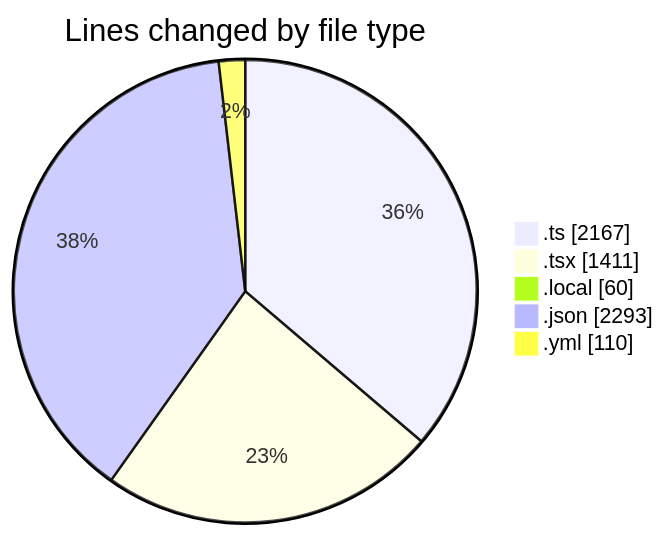
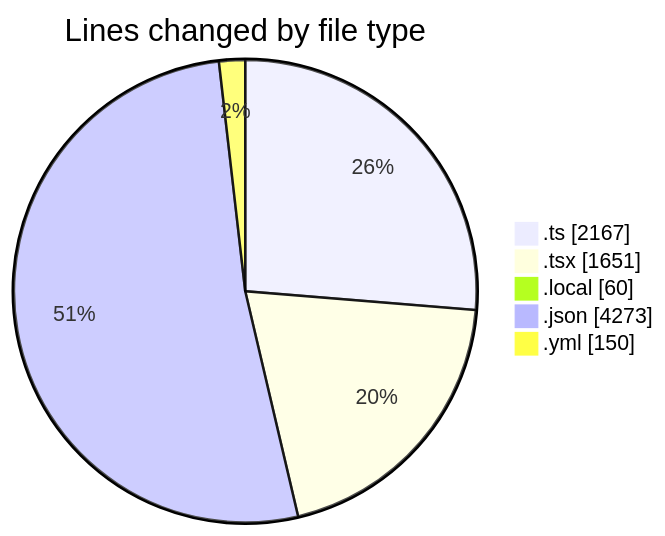
The first of 2 diagrams in 2025-11-26/eventscop-frontend-guide__workspace_/README.md (julien-gomy/code-tracking), drawn with Mermaid before and after one commit. The commit also changed other lines of this file and 1 other file, not shown here.

````diff
--- a/2025-11-26/eventscop-frontend-guide__workspace_/README.md
+++ b/2025-11-26/eventscop-frontend-guide__workspace_/README.md
@@ -39,9 +39,9 @@
 ```mermaid
 pie showData
 title Lines changed by file type
 ".ts" : 2167
-".tsx" : 1411
+".tsx" : 1651
 ".local" : 60
-".json" : 2293
-".yml" : 110
+".json" : 4273
+".yml" : 150
 ```
````
